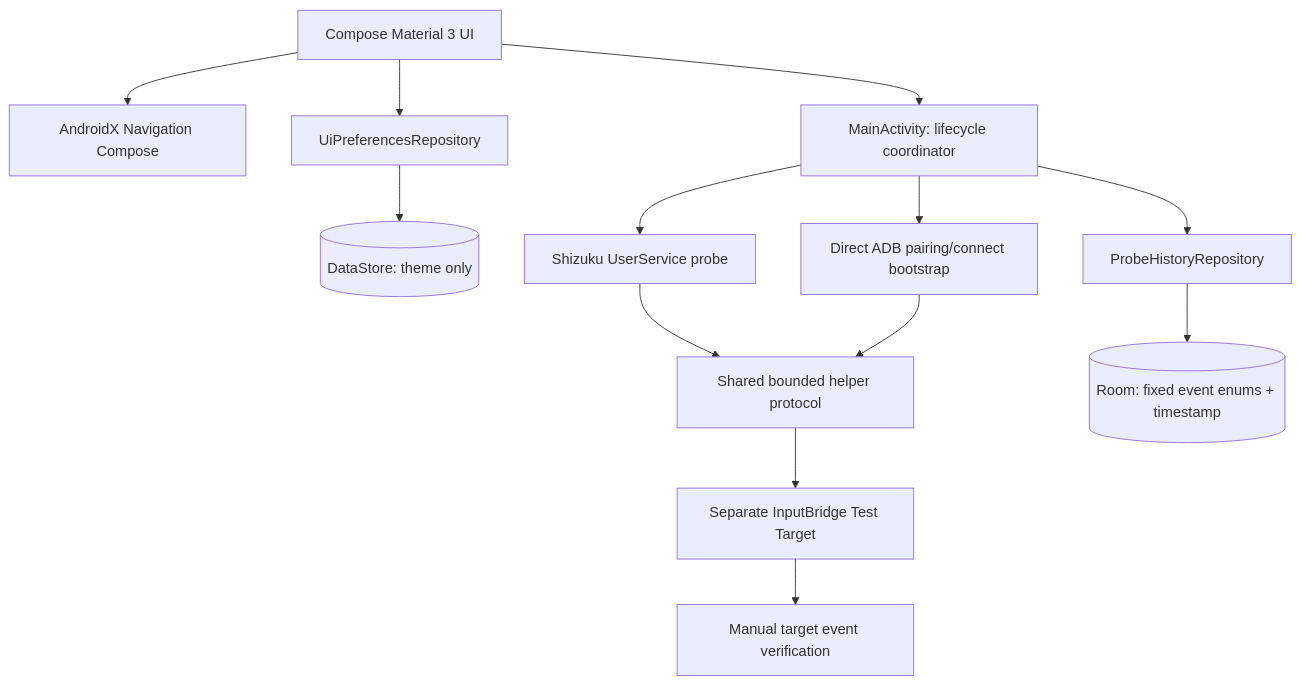
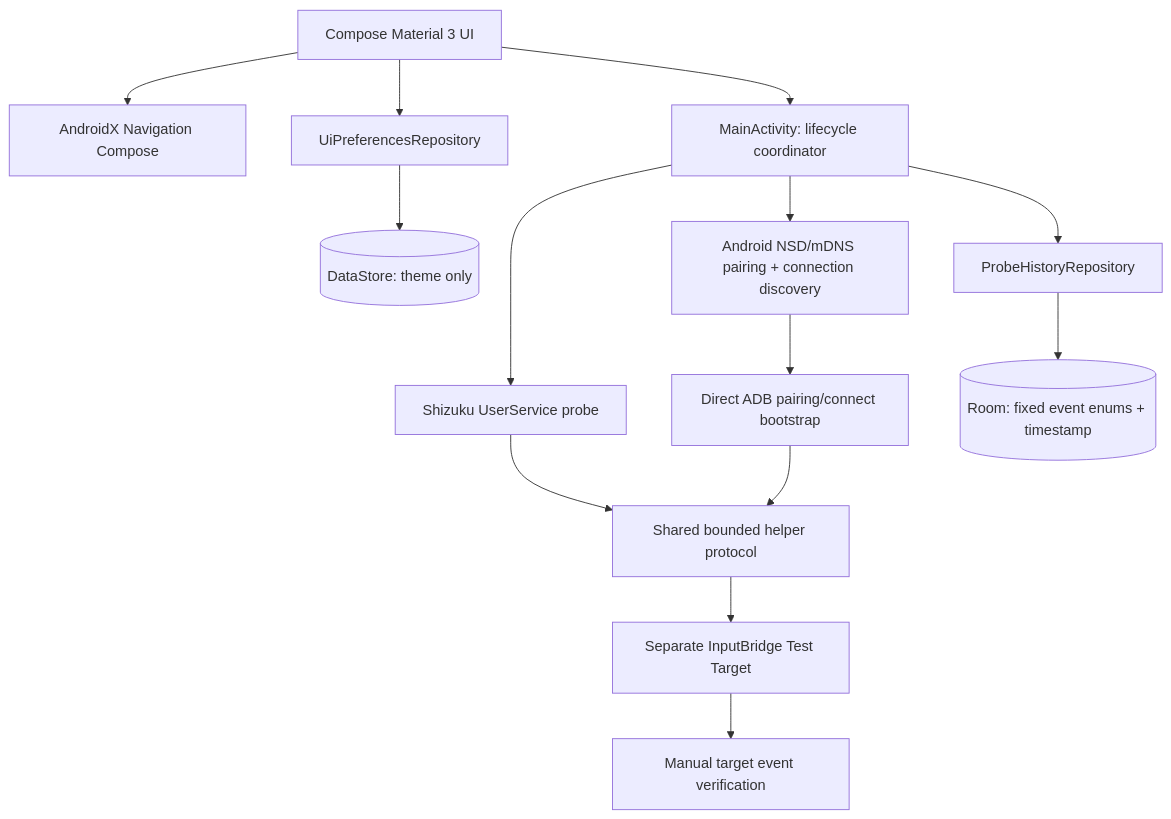
The diagram in docs/ARCHITECTURE.md (zennnnkaa-source/Zenda-Touse-Plus), drawn with Mermaid before and after one commit. The commit also changed other lines of this file and 17 other files, not shown here.

````diff
--- a/docs/ARCHITECTURE.md
+++ b/docs/ARCHITECTURE.md
@@ -5,15 +5,16 @@
 ```mermaid
 flowchart TD
     UI[Compose Material 3 UI] --> NAV[AndroidX Navigation Compose]
     UI --> SETTINGS[UiPreferencesRepository]
     SETTINGS --> DS[(DataStore: theme only)]
     UI --> ACT[MainActivity: lifecycle coordinator]
     ACT --> SHI[Shizuku UserService probe]
-    ACT --> ADB[Direct ADB pairing/connect bootstrap]
+    ACT --> NSD[Android NSD/mDNS pairing + connection discovery]
+    NSD --> ADB[Direct ADB pairing/connect bootstrap]
     SHI --> HELPER[Shared bounded helper protocol]
     ADB --> HELPER
     HELPER --> TARGET[Separate InputBridge Test Target]
     ACT --> HISTORY[ProbeHistoryRepository]
     HISTORY --> ROOM[(Room: fixed event enums + timestamp)]
     TARGET --> EVIDENCE[Manual target event verification]
 ```
````
